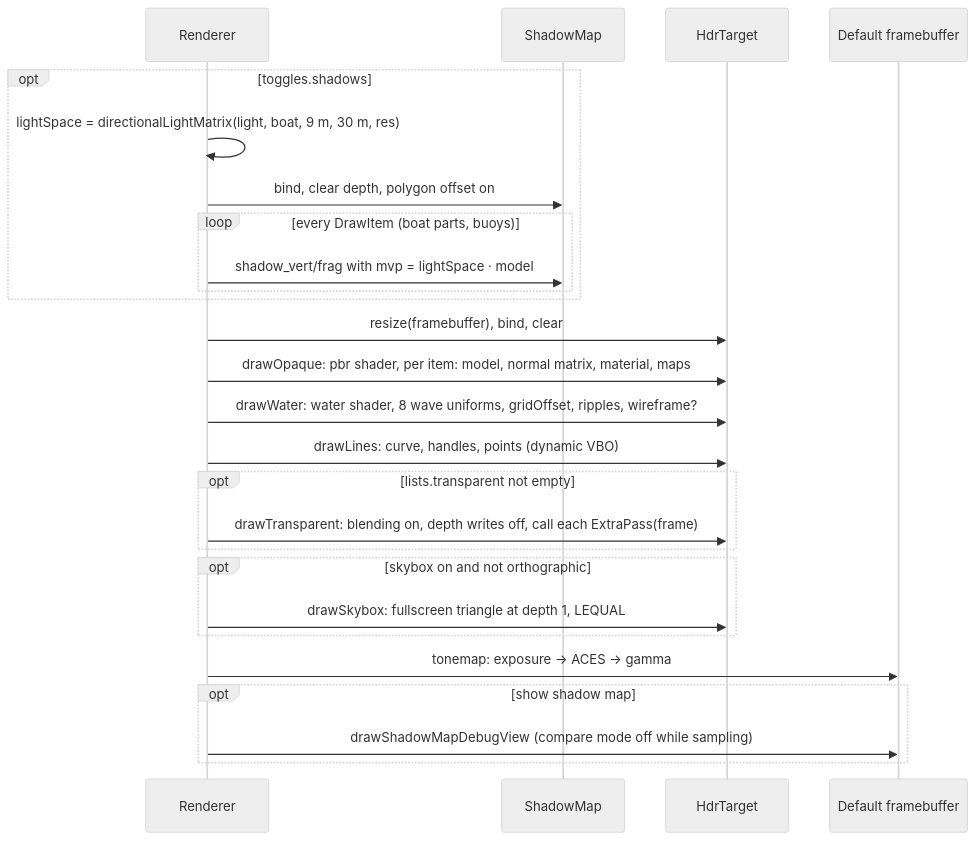
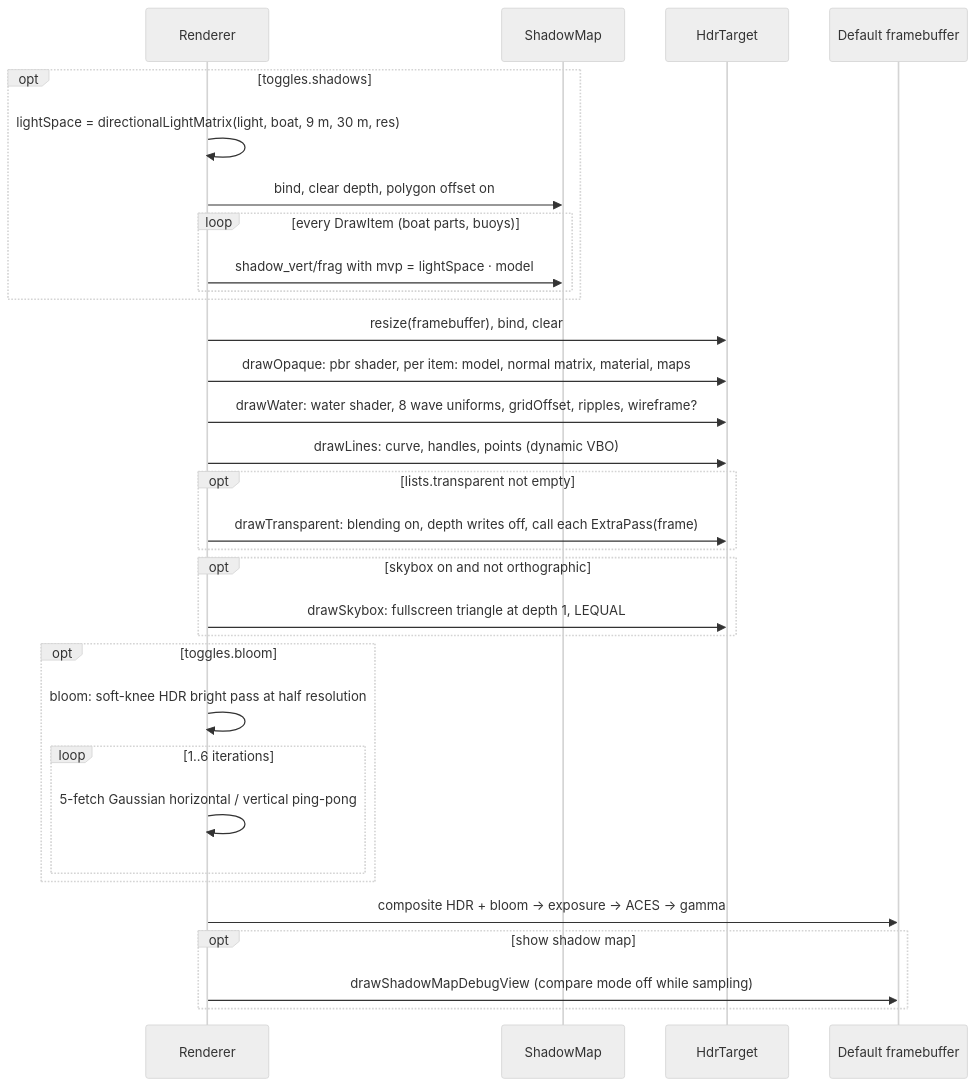
One commit to groundbeeflover/sailboat-tech-demo changed the eighth of 11 diagrams in docs/ARCHITECTURE.md. Above: the diagram before and after it, drawn with Mermaid (neutral theme). The commit also changed other lines of this file and 27 other files, not shown here.

````diff
--- a/docs/ARCHITECTURE.md
+++ b/docs/ARCHITECTURE.md
@@ -632,29 +642,35 @@
 ```mermaid
 sequenceDiagram
     participant R as Renderer
     participant SM as ShadowMap
     participant HDR as HdrTarget
     participant GPU as Default framebuffer
 
     opt toggles.shadows
         R->>R: lightSpace = directionalLightMatrix(light, boat, 9 m, 30 m, res)
         R->>SM: bind, clear depth, polygon offset on
         loop every DrawItem (boat parts, buoys)
             R->>SM: shadow_vert/frag with mvp = lightSpace · model
         end
     end
     R->>HDR: resize(framebuffer), bind, clear
     R->>HDR: drawOpaque: pbr shader, per item: model, normal matrix, material, maps
     R->>HDR: drawWater: water shader, 8 wave uniforms, gridOffset, ripples, wireframe?
     R->>HDR: drawLines: curve, handles, points (dynamic VBO)
     opt lists.transparent not empty
         R->>HDR: drawTransparent: blending on, depth writes off, call each ExtraPass(frame)
     end
     opt skybox on and not orthographic
         R->>HDR: drawSkybox: fullscreen triangle at depth 1, LEQUAL
     end
-    R->>GPU: tonemap: exposure → ACES → gamma
+    opt toggles.bloom
+        R->>R: bloom: soft-knee HDR bright pass at half resolution
+        loop 1..6 iterations
+            R->>R: 5-fetch Gaussian horizontal / vertical ping-pong
+        end
+    end
+    R->>GPU: composite HDR + bloom → exposure → ACES → gamma
     opt show shadow map
         R->>GPU: drawShadowMapDebugView (compare mode off while sampling)
     end
 ```
````
